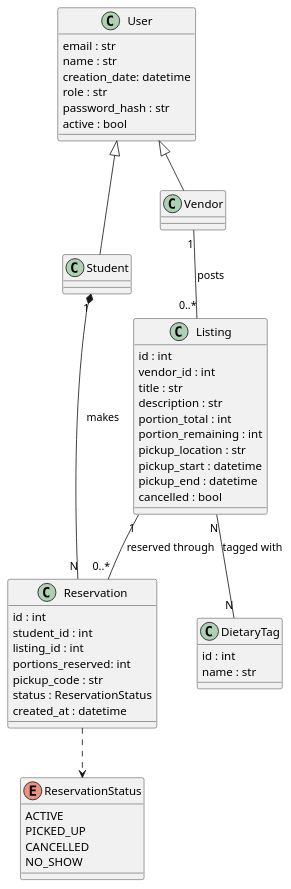
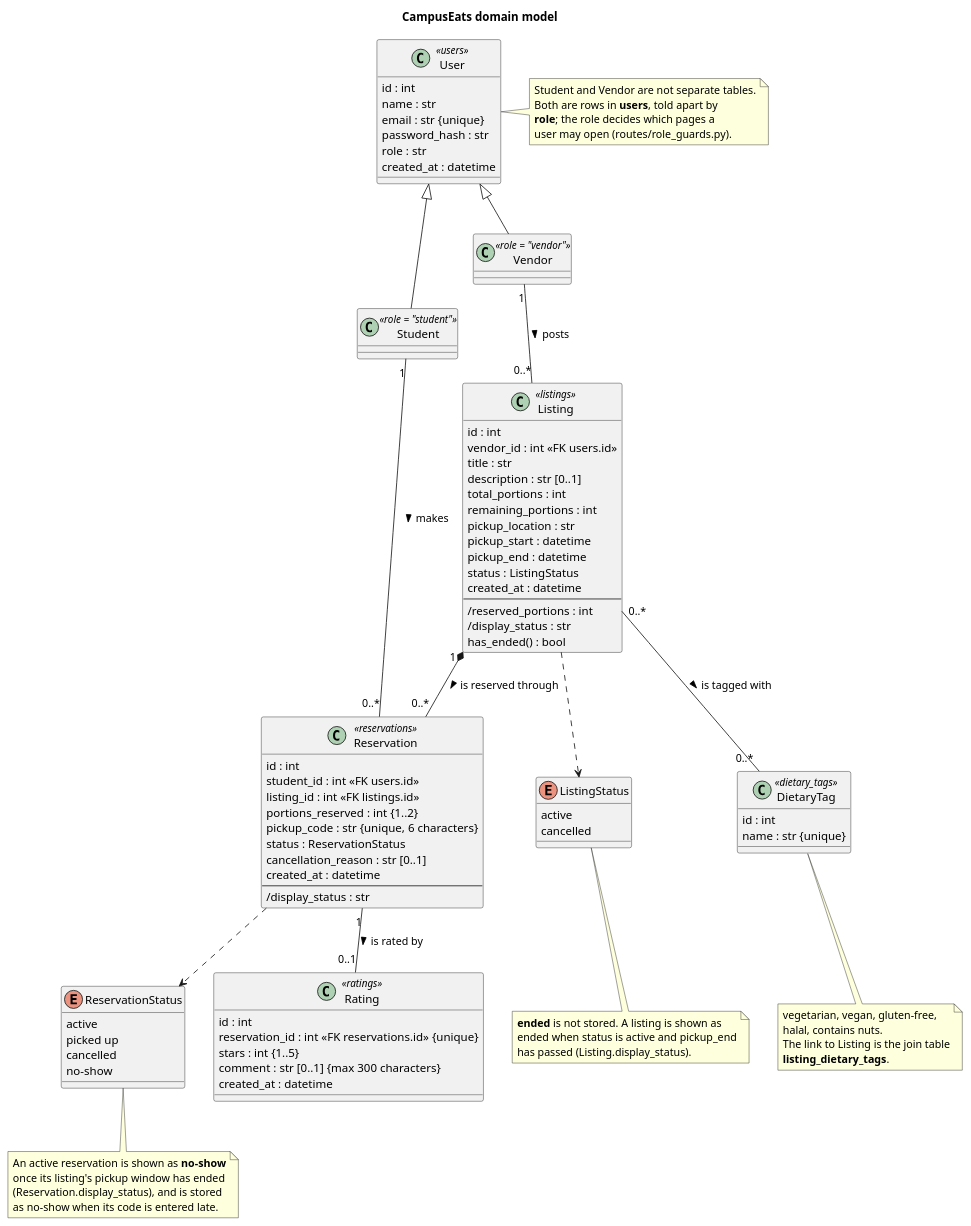
Before and after one commit to Riconashty/campuseats: the diagram in uml/class.wsd, drawn with PlantUML. The commit also changed 2 other files, not shown here.

Commit message:
docs(uml): complete the US1 sequence, add US4, align the class diagram
- sequence-US1: registration now continues past the email lookup (duplicate
  email, password hashing, INSERT, COMMIT, redirect to login), and login
  shows the password-hash check and both role redirects.
- sequence-US4: new. Browser to route to models to PostgreSQL for a
  reservation, with the row lock and every rejection path.
- class: attribute names match the models (created_at, total_portions,
  remaining_portions, status), User.id and the Rating class are added,
  multiplicities allow zero, and a note states that Student and Vendor are
  the two values of User.role in the single users table.

Claude-Session: https://claude.ai/code/session_014mgb6UtdXfuLVQBVCdg4nf

```diff
--- a/uml/class.wsd
+++ b/uml/class.wsd
@@ -1,58 +1,114 @@
 @startuml class
 
-class User {
-    email : str
+title CampusEats domain model
+
+' Each class below is one PostgreSQL table, named in its stereotype.
+' Attribute names match the SQLAlchemy models in src/campuseats/models.
+
+class User <<users>> {
+    id : int
     name : str
-    creation_date: datetime
+    email : str {unique}
+    password_hash : str
     role : str
-    password_hash : str
-    active : bool
+    created_at : datetime
 }
 
-class Student
-class Vendor 
+class Student <<role = "student">>
+class Vendor <<role = "vendor">>
 
 User <|-- Student
 User <|-- Vendor
 
-class Listing {
+note right of User
+  Student and Vendor are not separate tables.
+  Both are rows in **users**, told apart by
+  **role**; the role decides which pages a
+  user may open (routes/role_guards.py).
+end note
+
+class Listing <<listings>> {
     id : int
-    vendor_id : int
+    vendor_id : int <<FK users.id>>
     title : str
-    description : str
-    portion_total : int
-    portion_remaining : int
+    description : str [0..1]
+    total_portions : int
+    remaining_portions : int
     pickup_location : str
     pickup_start : datetime
     pickup_end : datetime
-    cancelled : bool
+    status : ListingStatus
+    created_at : datetime
+    --
+    /reserved_portions : int
+    /display_status : str
+    has_ended() : bool
 }
-class Reservation {
+
+enum ListingStatus {
+    active
+    cancelled
+}
+
+note bottom of ListingStatus
+  **ended** is not stored. A listing is shown as
+  ended when status is active and pickup_end
+  has passed (Listing.display_status).
+end note
+
+class Reservation <<reservations>> {
     id : int
-    student_id : int
-    listing_id : int
-    portions_reserved: int
-    pickup_code : str
+    student_id : int <<FK users.id>>
+    listing_id : int <<FK listings.id>>
+    portions_reserved : int {1..2}
+    pickup_code : str {unique, 6 characters}
     status : ReservationStatus
+    cancellation_reason : str [0..1]
+    created_at : datetime
+    --
+    /display_status : str
+}
+
+enum ReservationStatus {
+    active
+    picked up
+    cancelled
+    no-show
+}
+
+note bottom of ReservationStatus
+  An active reservation is shown as **no-show**
+  once its listing's pickup window has ended
+  (Reservation.display_status), and is stored
+  as no-show when its code is entered late.
+end note
+
+class Rating <<ratings>> {
+    id : int
+    reservation_id : int <<FK reservations.id>> {unique}
+    stars : int {1..5}
+    comment : str [0..1] {max 300 characters}
     created_at : datetime
 }
 
-enum ReservationStatus {
-    ACTIVE
-    PICKED_UP
-    CANCELLED
-    NO_SHOW
+class DietaryTag <<dietary_tags>> {
+    id : int
+    name : str {unique}
 }
 
-class DietaryTag {
-    id : int
-    name : str
-}
+note bottom of DietaryTag
+  vegetarian, vegan, gluten-free,
+  halal, contains nuts.
+  The link to Listing is the join table
+  **listing_dietary_tags**.
+end note
 
-Vendor "1" -- "0..*" Listing : posts
-Student "1" *-- "N" Reservation : makes
-Listing "1" -- "0..*" Reservation : reserved through
-Listing "N" -- "N" DietaryTag : tagged with
+Vendor "1" -- "0..*" Listing : posts >
+Student "1" -- "0..*" Reservation : makes >
+Listing "1" *-- "0..*" Reservation : is reserved through >
+Listing "0..*" -- "0..*" DietaryTag : is tagged with >
+Reservation "1" -- "0..1" Rating : is rated by >
+Listing ..> ListingStatus
 Reservation ..> ReservationStatus
 
 @enduml
```
